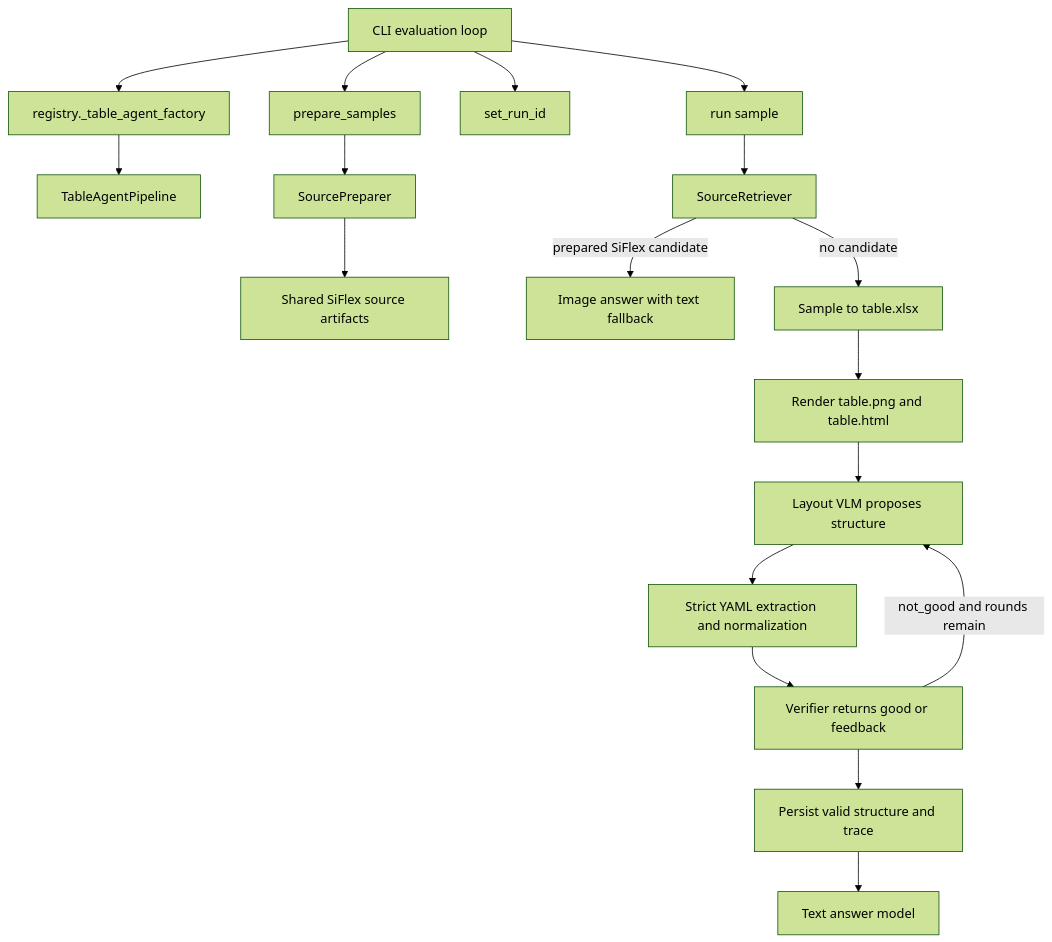
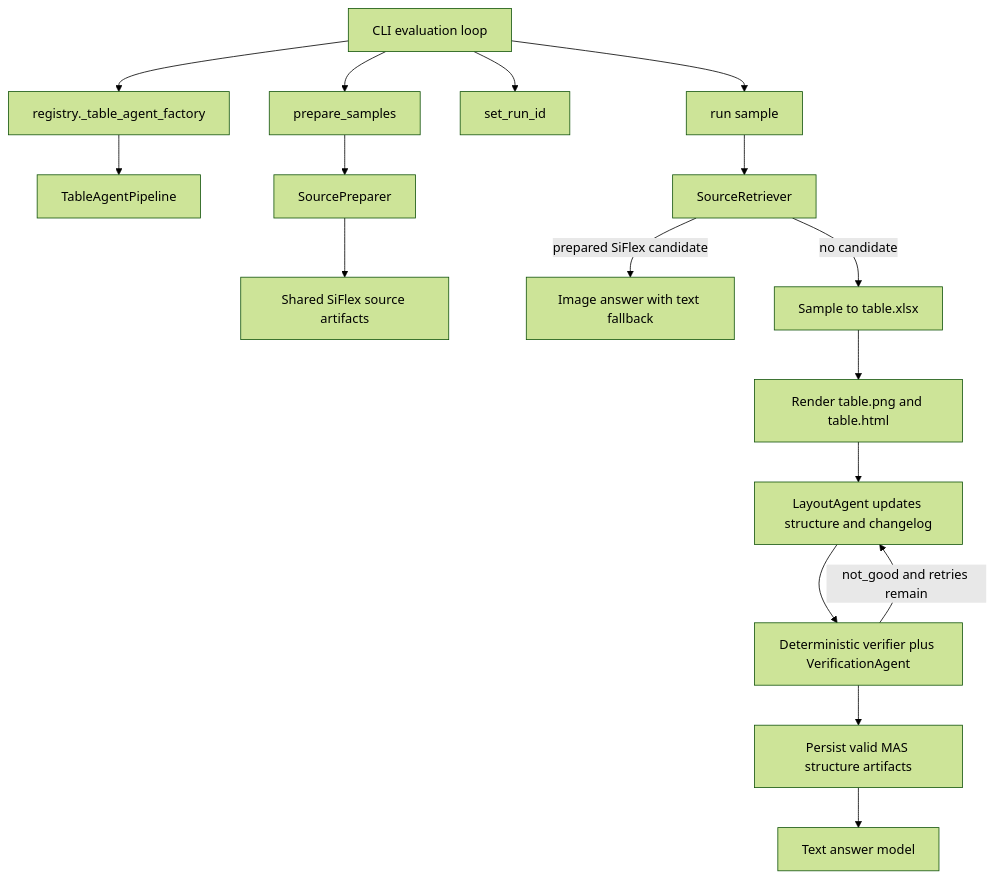
Before and after one commit to HmmOrange/TableAgent: the diagram in TableAgent/README.md, drawn with Mermaid (forest theme). The commit also changed other lines of this file and 11 other files, not shown here.

````diff
--- a/TableAgent/README.md
+++ b/TableAgent/README.md
@@ -69,22 +69,21 @@
 ```mermaid
 flowchart TD
     CLI[CLI evaluation loop] --> Factory[registry._table_agent_factory]
     Factory --> Pipeline[TableAgentPipeline]
     CLI --> Prepare[prepare_samples]
     CLI --> Repeat[set_run_id]
     CLI --> Run[run sample]
 
     Prepare --> SourcePrep[SourcePreparer]
     SourcePrep --> Shared[Shared SiFlex source artifacts]
 
     Run --> Retrieve[SourceRetriever]
     Retrieve -->|prepared SiFlex candidate| PreparedAnswer[Image answer with text fallback]
     Retrieve -->|no candidate| Convert[Sample to table.xlsx]
     Convert --> Render[Render table.png and table.html]
-    Render --> Layout[Layout VLM proposes structure]
-    Layout --> Normalize[Strict YAML extraction and normalization]
-    Normalize --> Verify[Verifier returns good or feedback]
-    Verify -->|not_good and rounds remain| Layout
-    Verify --> Persist[Persist valid structure and trace]
+    Render --> Layout[LayoutAgent updates structure and changelog]
+    Layout --> Verify[Deterministic verifier plus VerificationAgent]
+    Verify -->|not_good and retries remain| Layout
+    Verify --> Persist[Persist valid MAS structure artifacts]
     Persist --> TextAnswer[Text answer model]
 ```
````
